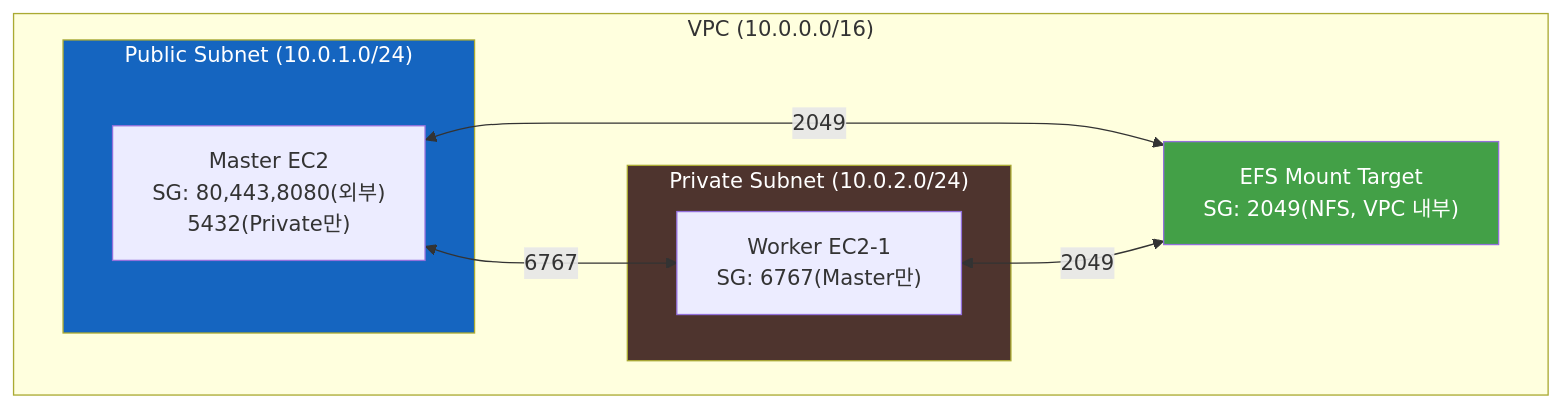
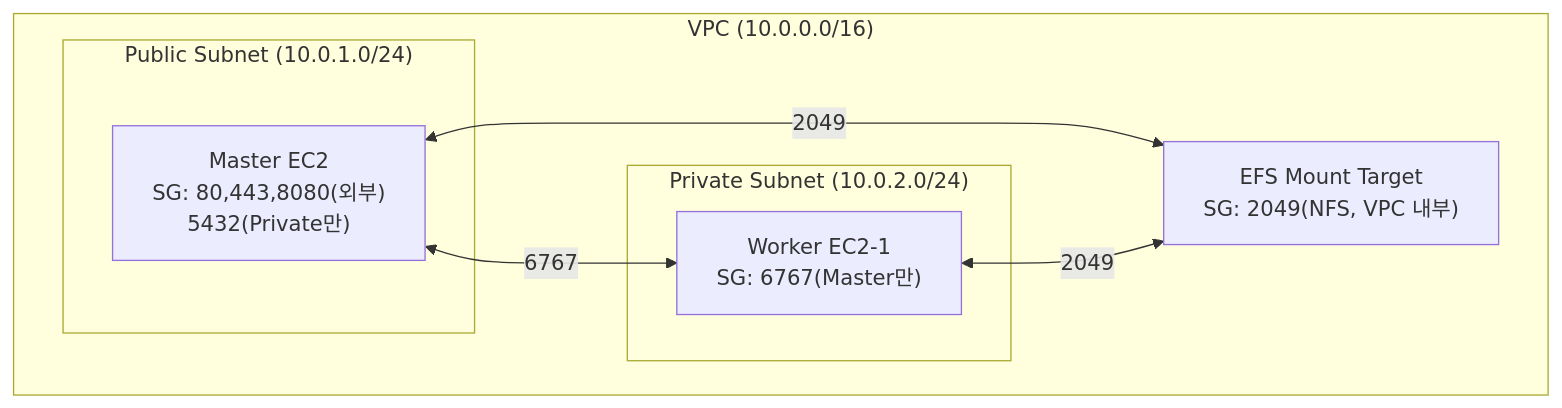
The diagram in docs/plans/server-scaling/04-infra-and-plan.md (cybertarzan/vibe-crawler-handover), drawn with Mermaid before and after one commit. The commit also changed 30 other files, not shown here.

Commit message:
style: 모든 mermaid 다이어그램에서 커스텀 배경색 제거 (기본 테마 사용)

````diff
--- a/docs/plans/server-scaling/04-infra-and-plan.md
+++ b/docs/plans/server-scaling/04-infra-and-plan.md
@@ -27,20 +27,17 @@
 ```mermaid
 graph TD
     subgraph VPC["VPC (10.0.0.0/16)"]
         subgraph PUB["Public Subnet (10.0.1.0/24)"]
             MASTER["Master EC2<br/>SG: 80,443,8080(외부)<br/>5432(Private만)"]
         end
         subgraph PRIV["Private Subnet (10.0.2.0/24)"]
             WORKER["Worker EC2-1<br/>SG: 6767(Master만)"]
         end
         EFS["EFS Mount Target<br/>SG: 2049(NFS, VPC 내부)"]
     end
 
     MASTER <-->|6767| WORKER
     MASTER <-->|2049| EFS
     WORKER <-->|2049| EFS
 
-    style PUB fill:#1565C0,color:#fff
-    style PRIV fill:#4E342E,color:#fff
-    style EFS fill:#43A047,color:#fff
 ```
````
